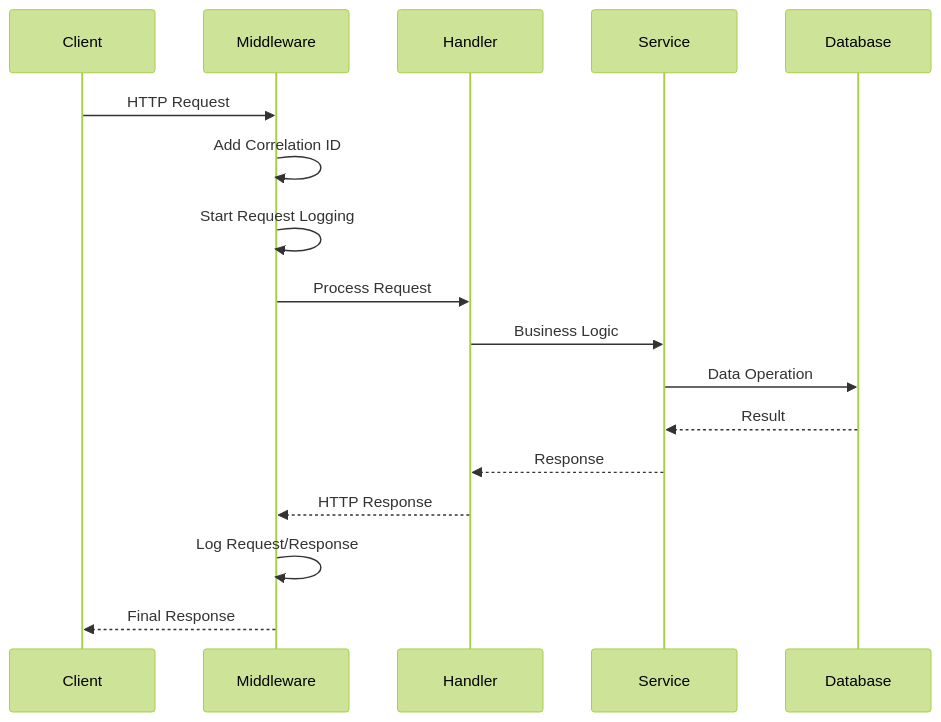
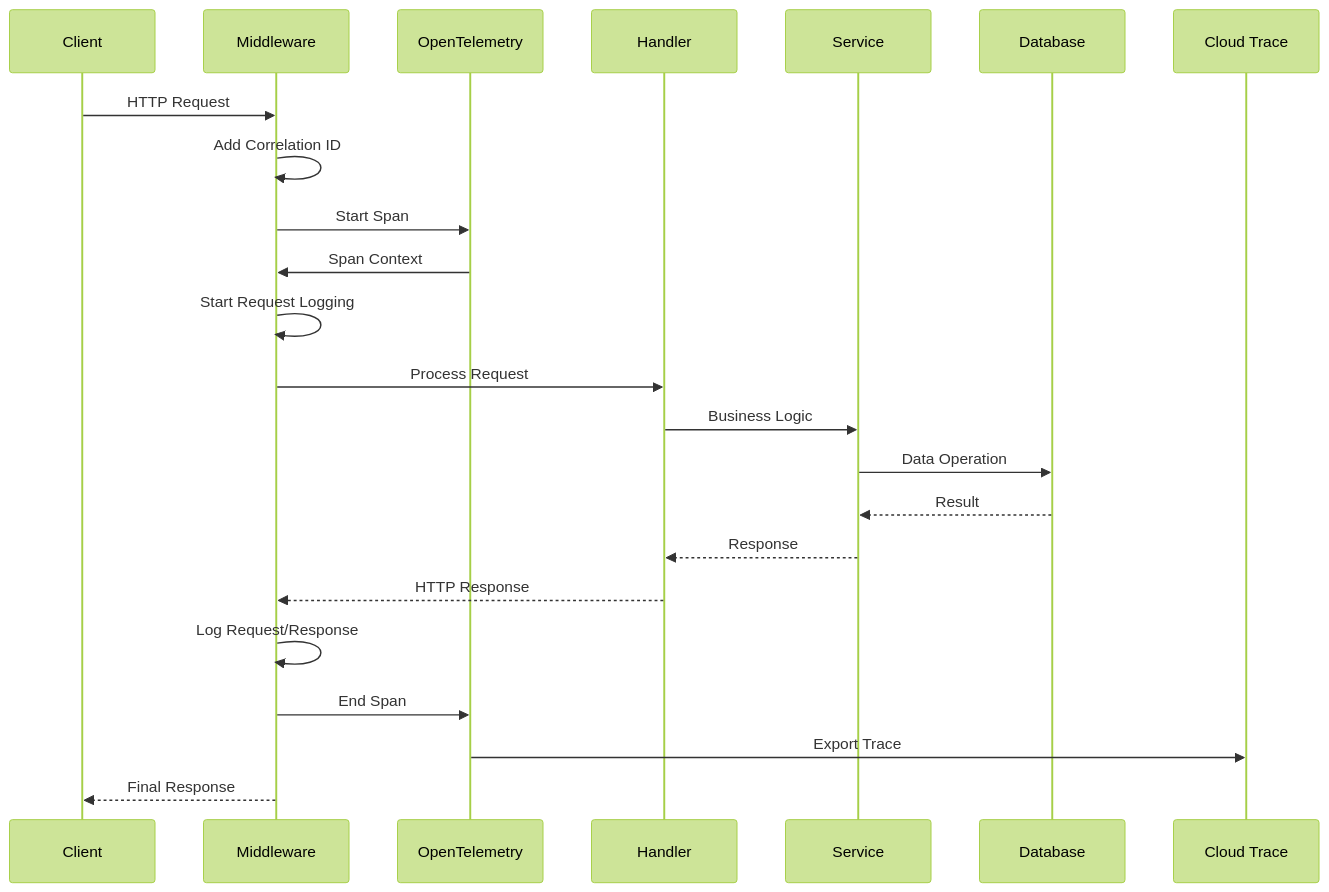
Before and after one commit to STICORP/tributum-back: the second of 3 diagrams in README.md, drawn with Mermaid (forest theme). The commit also changed other lines of this file, not shown here.

````diff
--- a/README.md
+++ b/README.md
@@ -149,20 +159,26 @@
 ```mermaid
 sequenceDiagram
     participant C as Client
     participant M as Middleware
+    participant T as OpenTelemetry
     participant H as Handler
     participant S as Service
     participant D as Database
+    participant CT as Cloud Trace
 
     C->>M: HTTP Request
     M->>M: Add Correlation ID
+    M->>T: Start Span
+    T->>M: Span Context
     M->>M: Start Request Logging
     M->>H: Process Request
     H->>S: Business Logic
     S->>D: Data Operation
     D-->>S: Result
     S-->>H: Response
     H-->>M: HTTP Response
     M->>M: Log Request/Response
+    M->>T: End Span
+    T->>CT: Export Trace
     M-->>C: Final Response
 ```
````
